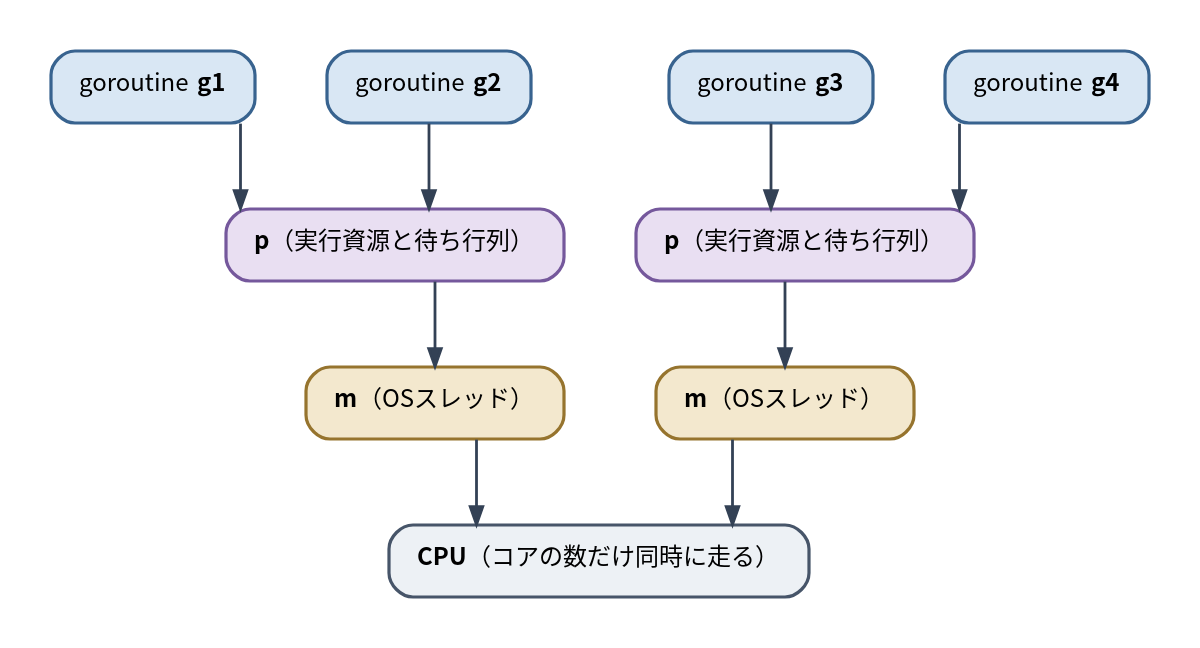
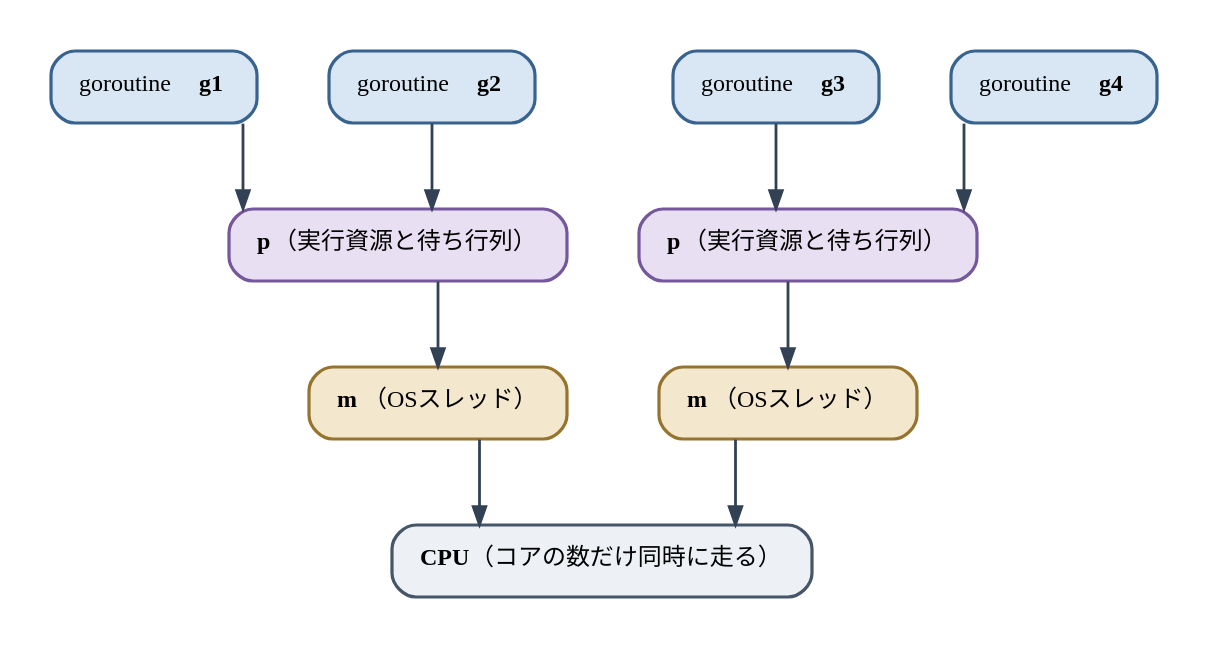
One commit to ymotongpoo/zenn.dev changed the diagram in diagrams/go-ebpf-primer/20260820-goroutine-scheduling.dot. Above: the diagram before and after it, drawn with Graphviz. The commit also changed 109 other files, not shown here.

First line of the commit message:
change: 図のフォントをIBM Plex Sans JP / Poppins / JetBrains Monoに整理

```diff
--- a/diagrams/go-ebpf-primer/20260820-goroutine-scheduling.dot
+++ b/diagrams/go-ebpf-primer/20260820-goroutine-scheduling.dot
@@ -1,45 +1,45 @@
 // OSスレッドとgoroutine
 digraph goroutine_scheduling {
   graph [
     rankdir=TB, splines=ortho,
-    fontname="Harano Aji Gothic,Noto Sans CJK JP,IPAGothic", fontsize=13,
+    fontname="IBM Plex Sans JP", fontsize=13,
     nodesep=0.5, ranksep=0.6,
     bgcolor="white", pad=0.25
   ];
   node [
-    fontname="Harano Aji Gothic,Noto Sans CJK JP,IPAGothic", fontsize=12,
+    fontname="IBM Plex Sans JP", fontsize=12,
     shape=box, style="rounded,filled",
     fillcolor="#F1F5F9", color="#475569", penwidth=1.6,
     margin="0.2,0.14"
   ];
   edge [
-    fontname="Harano Aji Gothic,Noto Sans CJK JP,IPAGothic", fontsize=11,
+    fontname="IBM Plex Sans JP", fontsize=11,
     color="#334155", penwidth=1.4, arrowsize=0.9,
     fontcolor="#1E293B"
   ];
 
-  g1 [label=<goroutine <b>g1</b>>, fillcolor="#D9E7F4", color="#38638F"];
-  g2 [label=<goroutine <b>g2</b>>, fillcolor="#D9E7F4", color="#38638F"];
-  g3 [label=<goroutine <b>g3</b>>, fillcolor="#D9E7F4", color="#38638F"];
-  g4 [label=<goroutine <b>g4</b>>, fillcolor="#D9E7F4", color="#38638F"];
+  g1 [label=<<font face="Poppins">goroutine <b>g1</b></font>>, fillcolor="#D9E7F4", color="#38638F"];
+  g2 [label=<<font face="Poppins">goroutine <b>g2</b></font>>, fillcolor="#D9E7F4", color="#38638F"];
+  g3 [label=<<font face="Poppins">goroutine <b>g3</b></font>>, fillcolor="#D9E7F4", color="#38638F"];
+  g4 [label=<<font face="Poppins">goroutine <b>g4</b></font>>, fillcolor="#D9E7F4", color="#38638F"];
   { rank=same; g1; g2; g3; g4; }
 
-  p1 [label=<<b>p</b>（実行資源と待ち行列）>, fillcolor="#E9DFF2", color="#75589C"];
-  p2 [label=<<b>p</b>（実行資源と待ち行列）>, fillcolor="#E9DFF2", color="#75589C"];
+  p1 [label=<<font face="Poppins"><b>p</b></font>（実行資源と待ち行列）>, fillcolor="#E9DFF2", color="#75589C"];
+  p2 [label=<<font face="Poppins"><b>p</b></font>（実行資源と待ち行列）>, fillcolor="#E9DFF2", color="#75589C"];
   { rank=same; p1; p2; }
 
-  m1 [label=<<b>m</b>（OSスレッド）>, fillcolor="#F3E8CE", color="#96742E"];
-  m2 [label=<<b>m</b>（OSスレッド）>, fillcolor="#F3E8CE", color="#96742E"];
+  m1 [label=<<font face="Poppins"><b>m</b></font>（OSスレッド）>, fillcolor="#F3E8CE", color="#96742E"];
+  m2 [label=<<font face="Poppins"><b>m</b></font>（OSスレッド）>, fillcolor="#F3E8CE", color="#96742E"];
   { rank=same; m1; m2; }
 
-  cpu [label=<<b>CPU</b>（コアの数だけ同時に走る）>, fillcolor="#EDF1F5"];
+  cpu [label=<<font face="Poppins"><b>CPU</b></font>（コアの数だけ同時に走る）>, fillcolor="#EDF1F5"];
 
   g1 -> p1;
   g2 -> p1;
   g3 -> p2;
   g4 -> p2;
   p1 -> m1;
   p2 -> m2;
   m1 -> cpu;
   m2 -> cpu;
 }
```
